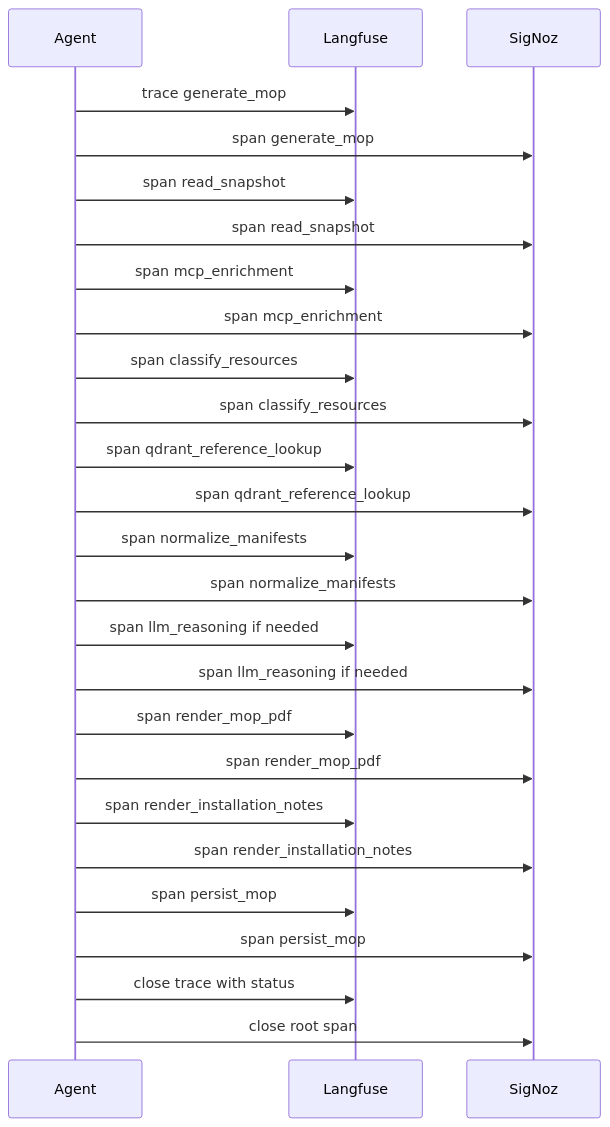
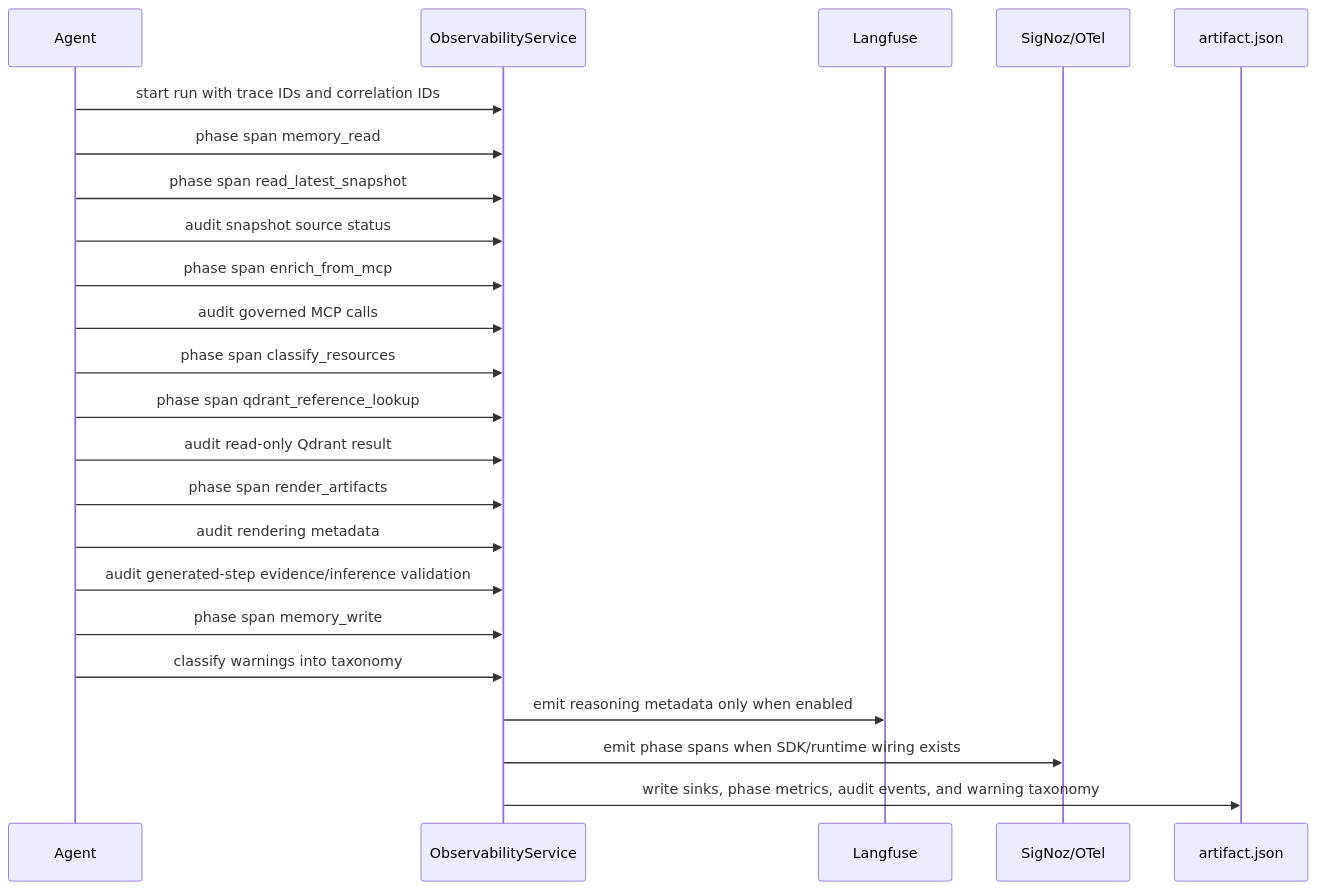
Before and after one commit to aveeshek/bosgenesis-mop-creation-agent: the seventh of 7 diagrams in docs/04_ALGORITHM_MOP_CREATION_AGENT.md, drawn with Mermaid. The commit also changed other lines of this file and 24 other files, not shown here.

Commit message:
Implement phase 13 observability audit hardening

````diff
--- a/docs/04_ALGORITHM_MOP_CREATION_AGENT.md
+++ b/docs/04_ALGORITHM_MOP_CREATION_AGENT.md
@@ -647,29 +647,26 @@
 ```mermaid
 sequenceDiagram
     participant A as Agent
+    participant O as ObservabilityService
     participant L as Langfuse
-    participant S as SigNoz
+    participant S as SigNoz/OTel
+    participant F as artifact.json
 
-    A->>L: trace generate_mop
-    A->>S: span generate_mop
-    A->>L: span read_snapshot
-    A->>S: span read_snapshot
-    A->>L: span mcp_enrichment
-    A->>S: span mcp_enrichment
-    A->>L: span classify_resources
-    A->>S: span classify_resources
-    A->>L: span qdrant_reference_lookup
-    A->>S: span qdrant_reference_lookup
-    A->>L: span normalize_manifests
-    A->>S: span normalize_manifests
-    A->>L: span llm_reasoning if needed
-    A->>S: span llm_reasoning if needed
-    A->>L: span render_mop_pdf
-    A->>S: span render_mop_pdf
-    A->>L: span render_installation_notes
-    A->>S: span render_installation_notes
-    A->>L: span persist_mop
-    A->>S: span persist_mop
-    A->>L: close trace with status
-    A->>S: close root span
+    A->>O: start run with trace IDs and correlation IDs
+    A->>O: phase span memory_read
+    A->>O: phase span read_latest_snapshot
+    A->>O: audit snapshot source status
+    A->>O: phase span enrich_from_mcp
+    A->>O: audit governed MCP calls
+    A->>O: phase span classify_resources
+    A->>O: phase span qdrant_reference_lookup
+    A->>O: audit read-only Qdrant result
+    A->>O: phase span render_artifacts
+    A->>O: audit rendering metadata
+    A->>O: audit generated-step evidence/inference validation
+    A->>O: phase span memory_write
+    A->>O: classify warnings into taxonomy
+    O->>L: emit reasoning metadata only when enabled
+    O->>S: emit phase spans when SDK/runtime wiring exists
+    O->>F: write sinks, phase metrics, audit events, and warning taxonomy
 ```
````
